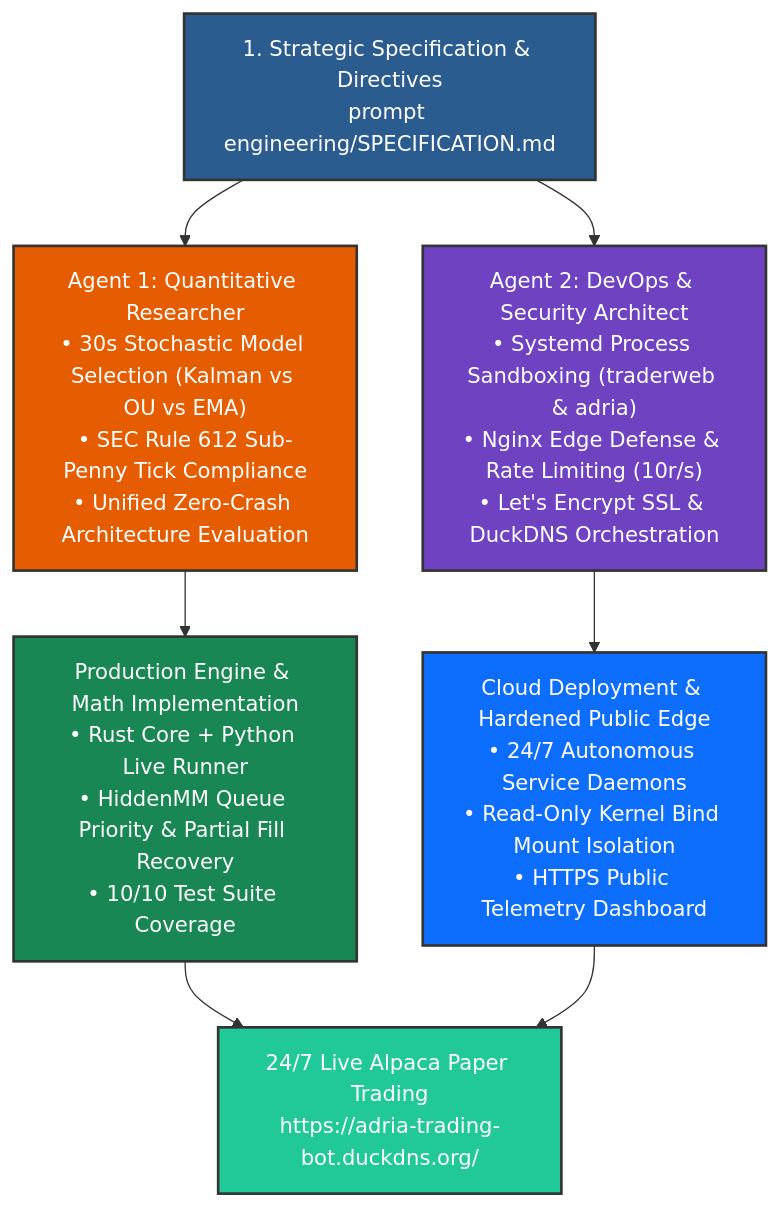
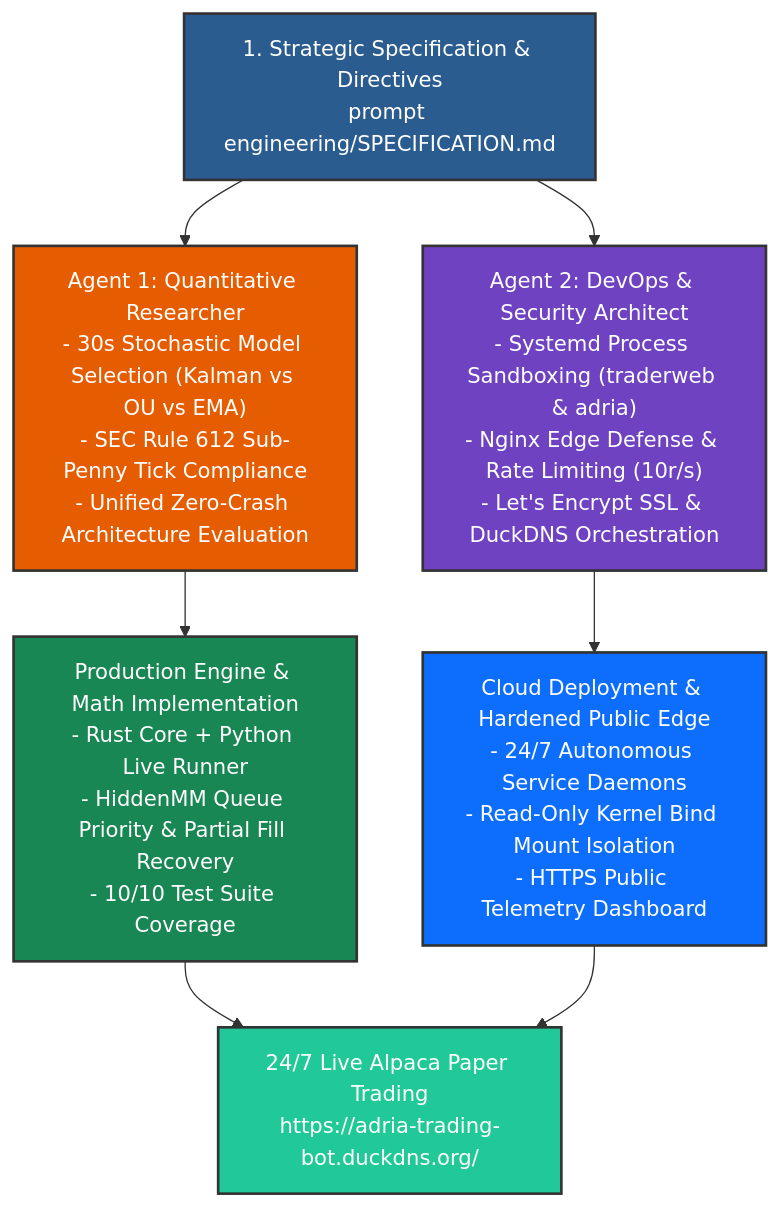
The third of 3 diagrams in README.md (4DR1455/anomalies_trading_algorithm_II), drawn with Mermaid before and after one commit. The commit also changed other lines of this file, not shown here.

Commit message:
docs: streamline header into 1 unified dashboard button and fix mermaid syntax errors

````diff
--- a/README.md
+++ b/README.md
@@ -324,16 +324,17 @@
 ```mermaid
 flowchart TD
-    Spec["1. Strategic Specification & Directives<br/>prompt engineering/SPECIFICATION.md"] --> Agent1["Agent 1: Quantitative Researcher<br/>• 30s Stochastic Model Selection (Kalman vs OU vs EMA)<br/>• SEC Rule 612 Sub-Penny Tick Compliance<br/>• Unified Zero-Crash Architecture Evaluation"];
-    Spec --> Agent2["Agent 2: DevOps & Security Architect<br/>• Systemd Process Sandboxing (traderweb & adria)<br/>• Nginx Edge Defense & Rate Limiting (10r/s)<br/>• Let's Encrypt SSL & DuckDNS Orchestration"];
-    Agent1 --> Core["Production Engine & Math Implementation<br/>• Rust Core + Python Live Runner<br/>• HiddenMM Queue Priority & Partial Fill Recovery<br/>• 10/10 Test Suite Coverage"];
-    Agent2 --> Cloud["Cloud Deployment & Hardened Public Edge<br/>• 24/7 Autonomous Service Daemons<br/>• Read-Only Kernel Bind Mount Isolation<br/>• HTTPS Public Telemetry Dashboard"];
-    Core --> Live["24/7 Live Alpaca Paper Trading<br/>https://adria-trading-bot.duckdns.org/"];
-    Cloud --> Live;
+    Spec["1. Strategic Specification & Directives<br/>prompt engineering/SPECIFICATION.md"] --> Agent1["Agent 1: Quantitative Researcher<br/>- 30s Stochastic Model Selection (Kalman vs OU vs EMA)<br/>- SEC Rule 612 Sub-Penny Tick Compliance<br/>- Unified Zero-Crash Architecture Evaluation"]
+    Spec --> Agent2["Agent 2: DevOps & Security Architect<br/>- Systemd Process Sandboxing (traderweb & adria)<br/>- Nginx Edge Defense & Rate Limiting (10r/s)<br/>- Let's Encrypt SSL & DuckDNS Orchestration"]
+    Agent1 --> Core["Production Engine & Math Implementation<br/>- Rust Core + Python Live Runner<br/>- HiddenMM Queue Priority & Partial Fill Recovery<br/>- 10/10 Test Suite Coverage"]
+    Agent2 --> Cloud["Cloud Deployment & Hardened Public Edge<br/>- 24/7 Autonomous Service Daemons<br/>- Read-Only Kernel Bind Mount Isolation<br/>- HTTPS Public Telemetry Dashboard"]
+    Core --> Live["24/7 Live Alpaca Paper Trading<br/>https://adria-trading-bot.duckdns.org/"]
+    Cloud --> Live
+
 
     style Spec fill:#2b5c8f,stroke:#333,stroke-width:2px,color:white
     style Agent1 fill:#e65c00,stroke:#333,stroke-width:2px,color:white
     style Agent2 fill:#6f42c1,stroke:#333,stroke-width:2px,color:white
     style Core fill:#198754,stroke:#333,stroke-width:2px,color:white
     style Cloud fill:#0d6efd,stroke:#333,stroke-width:2px,color:white
     style Live fill:#20c997,stroke:#333,stroke-width:2px,color:white
 ```
````
